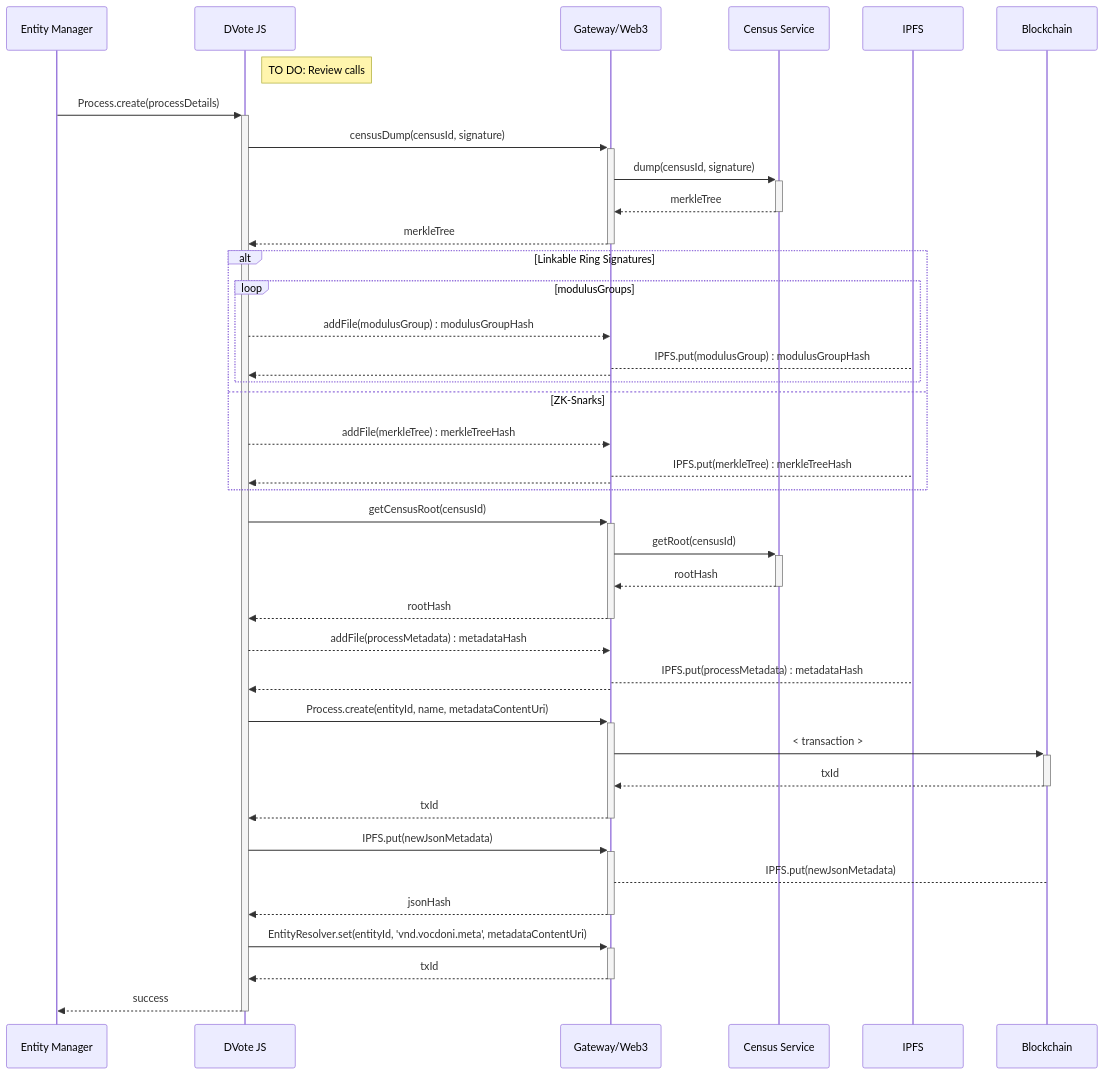
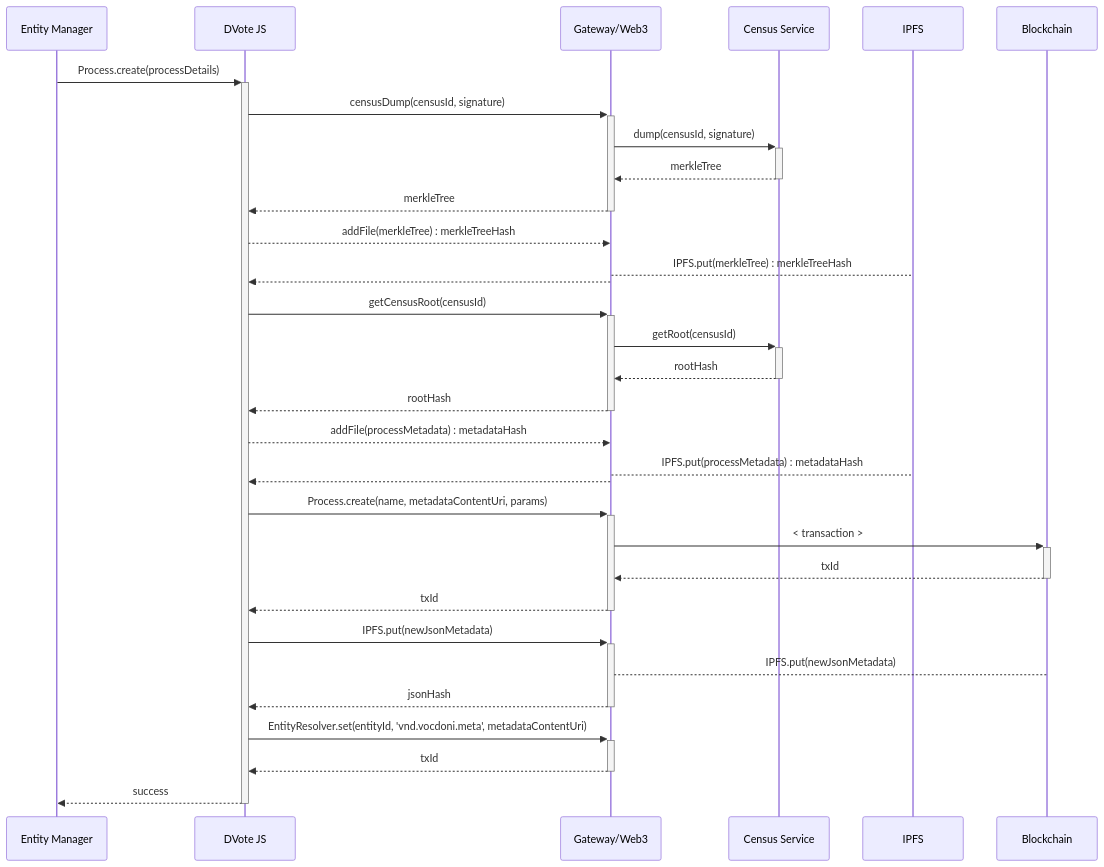
One commit to vocdoni/docs changed the fourth of 12 diagrams in docs/architecture/sequence-diagrams.md. Above: the diagram before and after it, drawn with Mermaid. The commit also changed other lines of this file and 2 other files, not shown here.

Commit message:
Sequence diagrams work in progress

````diff
--- a/docs/architecture/sequence-diagrams.md
+++ b/docs/architecture/sequence-diagrams.md
@@ -330,53 +147,43 @@
 ```mermaid
 sequenceDiagram
     participant PM as Entity Manager
     participant DV as DVote JS
     participant GW as Gateway/Web3
     participant CS as Census Service
     participant IPFS as IPFS
     participant BC as Blockchain
 
-    Note right of DV: TO DO: Review calls
-
     PM->>+DV: Process.create(processDetails)
 
         DV->>+GW: censusDump(censusId, signature)
             GW->>+CS: dump(censusId, signature)
             CS-->>-GW: merkleTree
         GW-->>-DV: merkleTree
 
-        alt Linkable Ring Signatures
-            loop modulusGroups
-                DV-->>GW: addFile(modulusGroup) : modulusGroupHash
-                    GW-->IPFS: IPFS.put(modulusGroup) : modulusGroupHash
-                GW-->>DV: 
-            end
-        else ZK-Snarks
-            DV-->>GW: addFile(merkleTree) : merkleTreeHash
-                GW-->IPFS: IPFS.put(merkleTree) : merkleTreeHash
-            GW-->>DV: 
-        end
+        DV-->>GW: addFile(merkleTree) : merkleTreeHash
+            GW-->IPFS: IPFS.put(merkleTree) : merkleTreeHash
+        GW-->>DV: 
 
         DV->>+GW: getCensusRoot(censusId)
         GW->>+CS: getRoot(censusId)
         CS-->>-GW: rootHash
         GW-->>-DV: rootHash
 
         DV-->>GW: addFile(processMetadata) : metadataHash
             GW-->IPFS: IPFS.put(processMetadata) : metadataHash
         GW-->>DV: 
 
-        DV->>+GW: Process.create(entityId, name, metadataContentUri)
+        DV->>+GW: Process.create(name, metadataContentUri, params)
             GW->>+BC: #60; transaction #62;
             BC-->>-GW: txId
         GW-->>-DV: txId
 
         DV->>+GW: IPFS.put(newJsonMetadata)
             GW-->BC: IPFS.put(newJsonMetadata)
         GW-->>-DV: jsonHash
 
         DV->>+GW: EntityResolver.set(entityId, 'vnd.vocdoni.meta', metadataContentUri)
         GW-->>-DV: txId
 
     DV-->>-PM: success
 ```
````
